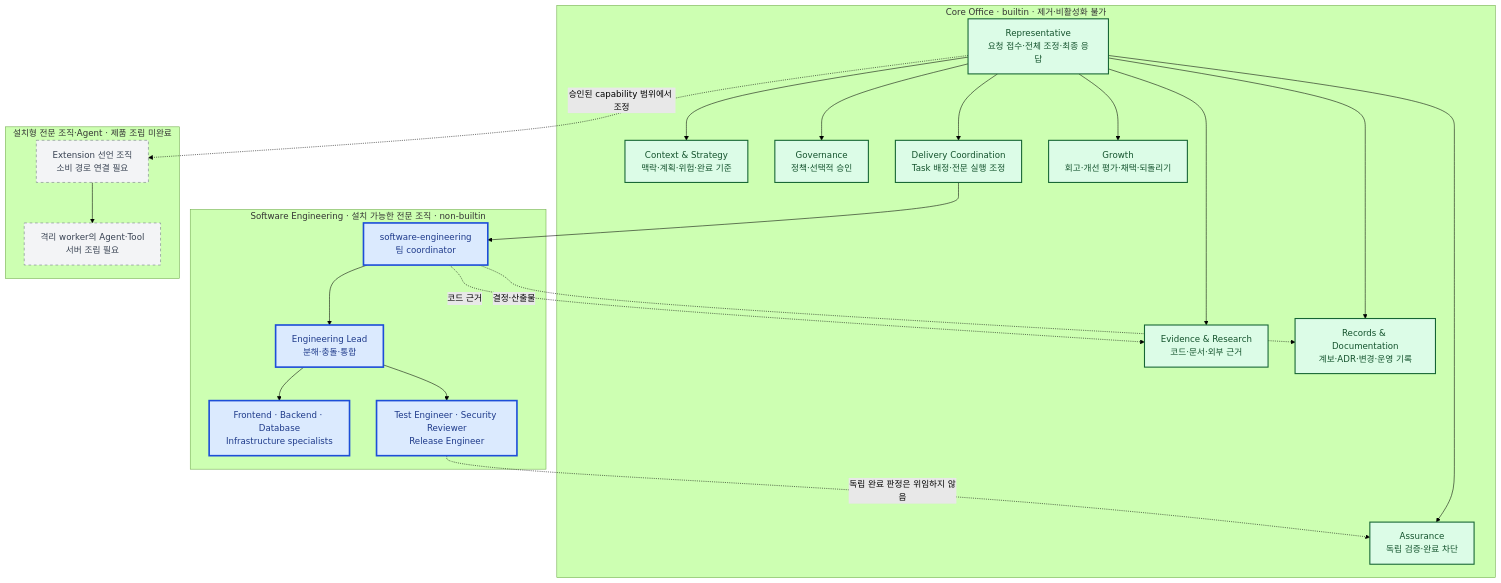
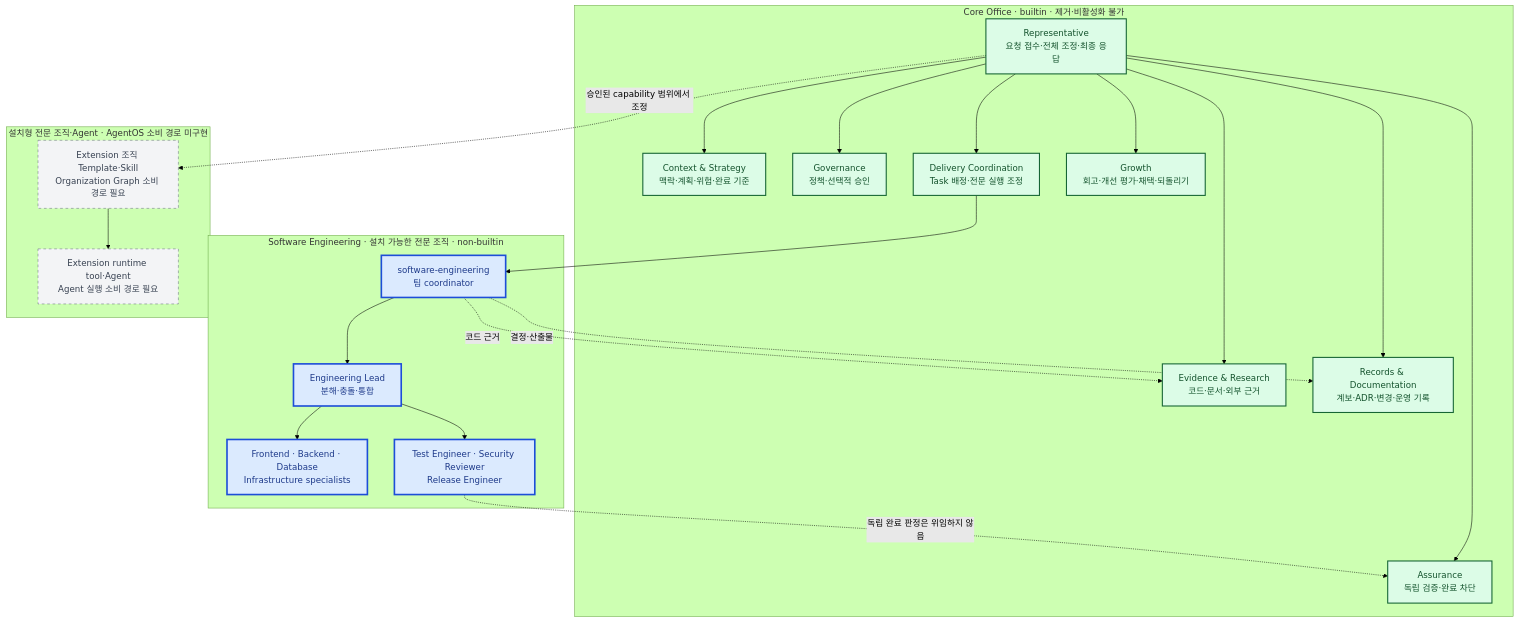
The third of 11 diagrams in docs/architecture/README.md (jabdori/massion), drawn with Mermaid (forest theme) before and after one commit. The commit also changed other lines of this file and 6 other files, not shown here.

````diff
--- a/docs/architecture/README.md
+++ b/docs/architecture/README.md
@@ -183,48 +183,48 @@
 ```mermaid
 flowchart TB
   classDef implemented fill:#dcfce7,stroke:#166534,color:#14532d,stroke-width:2px;
   classDef implementing fill:#dbeafe,stroke:#1d4ed8,color:#1e3a8a,stroke-width:3px;
   classDef planned fill:#f3f4f6,stroke:#6b7280,color:#374151,stroke-width:1px,stroke-dasharray:5 5;
   classDef external fill:#ffedd5,stroke:#c2410c,color:#7c2d12,stroke-width:2px;
 
   subgraph Core["Core Office · builtin · 제거·비활성화 불가"]
     Rep["Representative<br/>요청 접수·전체 조정·최종 응답"]:::implemented
     Strategy["Context & Strategy<br/>맥락·계획·위험·완료 기준"]:::implemented
     Evidence["Evidence & Research<br/>코드·문서·외부 근거"]:::implemented
     Gov["Governance<br/>정책·선택적 승인"]:::implemented
     Delivery["Delivery Coordination<br/>Task 배정·전문 실행 조정"]:::implemented
     Assurance["Assurance<br/>독립 검증·완료 차단"]:::implemented
     Records["Records & Documentation<br/>계보·ADR·변경·운영 기록"]:::implemented
     Growth["Growth<br/>회고·개선 평가·채택·되돌리기"]:::implemented
 
     Rep --> Strategy
     Rep --> Evidence
     Rep --> Gov
     Rep --> Delivery
     Rep --> Assurance
     Rep --> Records
     Rep --> Growth
   end
 
   subgraph Engineering["Software Engineering · 설치 가능한 전문 조직 · non-builtin"]
     EngTeam["software-engineering<br/>팀 coordinator"]:::implementing
     Lead["Engineering Lead<br/>분해·충돌·통합"]:::implementing
     Specialists["Frontend · Backend · Database<br/>Infrastructure specialists"]:::implementing
     Quality["Test Engineer · Security Reviewer<br/>Release Engineer"]:::implementing
     EngTeam --> Lead
     Lead --> Specialists
     Lead --> Quality
   end
 
-  subgraph Extensions["설치형 전문 조직·Agent · 제품 조립 미완료"]
-    ExtOrg["Extension 선언 조직<br/>소비 경로 연결 필요"]:::planned
-    ExtAgent["격리 worker의 Agent·Tool<br/>서버 조립 필요"]:::planned
+  subgraph Extensions["설치형 전문 조직·Agent · AgentOS 소비 경로 미구현"]
+    ExtOrg["Extension 조직 Template·Skill<br/>Organization Graph 소비 경로 필요"]:::planned
+    ExtAgent["Extension runtime tool·Agent<br/>Agent 실행 소비 경로 필요"]:::planned
     ExtOrg --> ExtAgent
   end
 
   Delivery --> EngTeam
   EngTeam -. "코드 근거" .-> Evidence
   Quality -. "독립 완료 판정은 위임하지 않음" .-> Assurance
   EngTeam -. "결정·산출물" .-> Records
   Rep -. "승인된 capability 범위에서 조정" .-> ExtOrg
 ```
````
